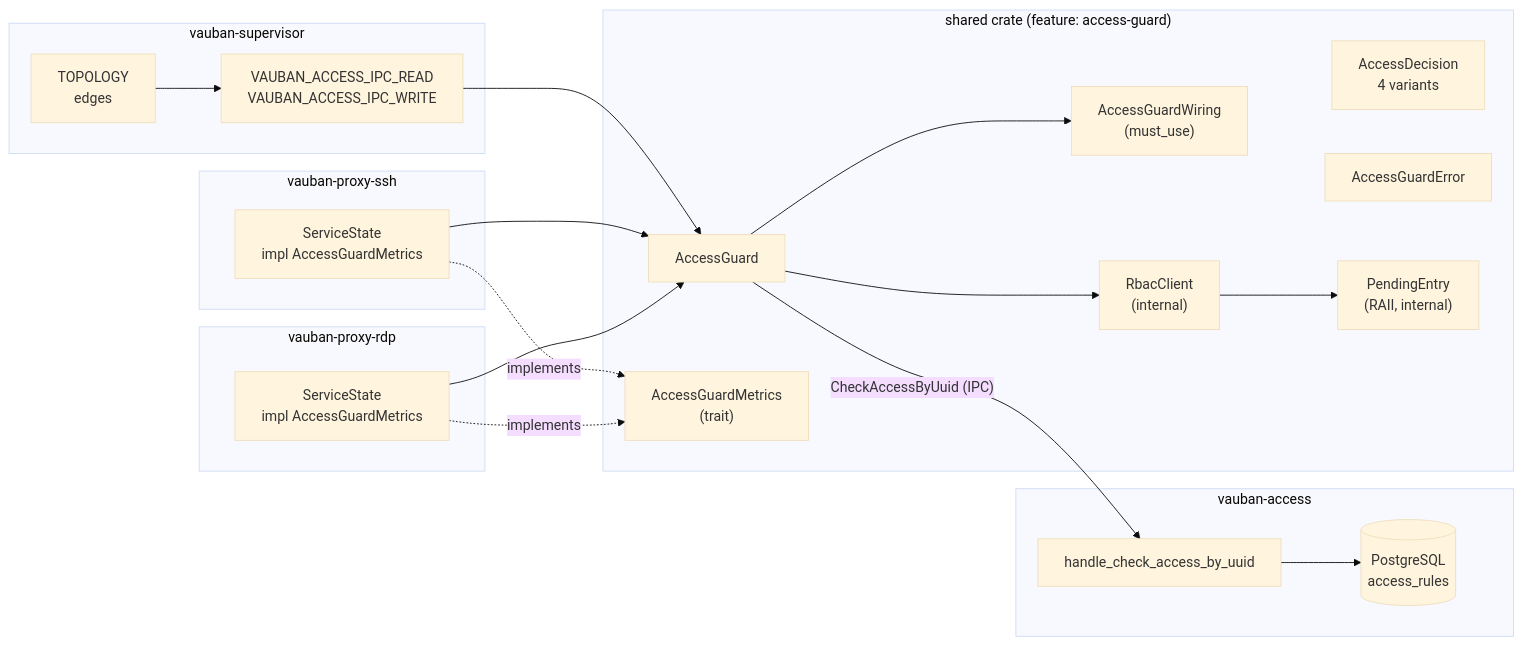
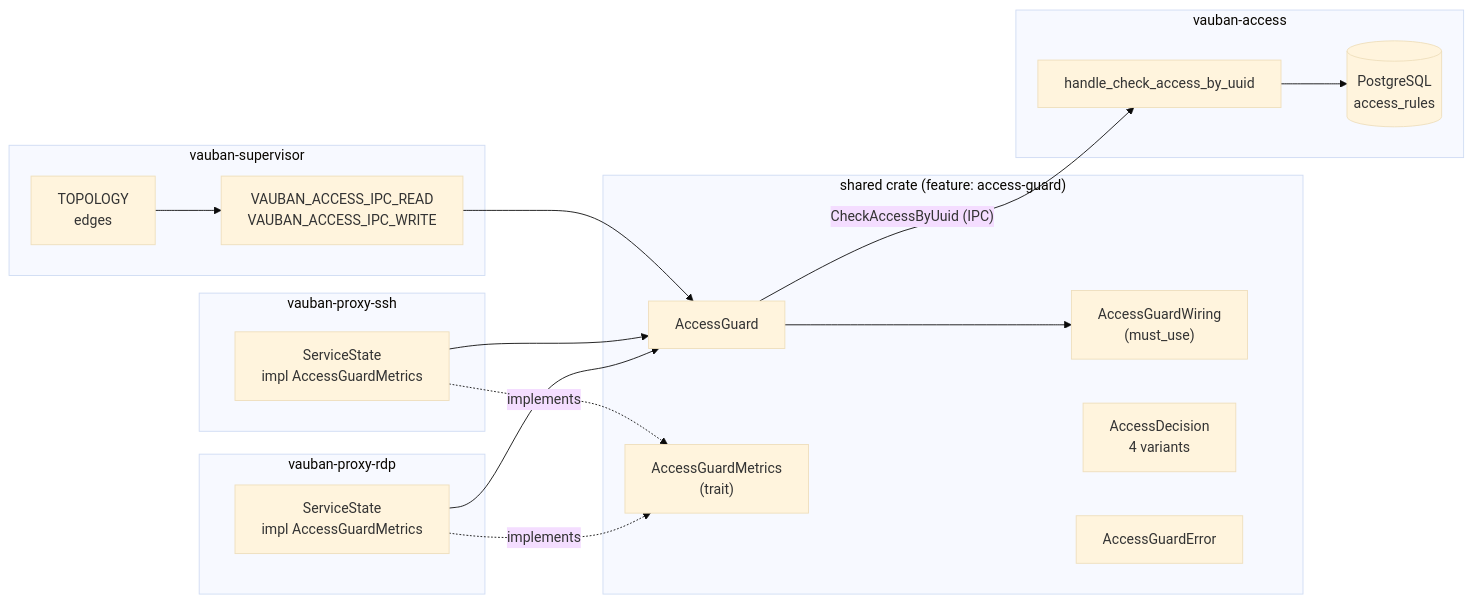
The third of 5 diagrams in docs/technical/Vauban_AccessGuard_Architecture_EN(1.0).md (rbenaley/Vauban), drawn with Mermaid (base theme) before and after one commit. The commit also changed other lines of this file, not shown here.

````diff
--- a/docs/technical/Vauban_AccessGuard_Architecture_EN(1.0).md
+++ b/docs/technical/Vauban_AccessGuard_Architecture_EN(1.0).md
@@ -165,42 +135,38 @@
 ```mermaid
 flowchart LR
     subgraph shared["shared crate (feature: access-guard)"]
         AG["AccessGuard"]
         AGW["AccessGuardWiring<br/>(must_use)"]
         AGM["AccessGuardMetrics<br/>(trait)"]
         AD["AccessDecision<br/>4 variants"]
         AC["AccessGuardError"]
-        RC["RbacClient<br/>(internal)"]
-        PE["PendingEntry<br/>(RAII, internal)"]
     end
 
     subgraph proxy_ssh["vauban-proxy-ssh"]
         SSH_STATE["ServiceState<br/>impl AccessGuardMetrics"]
     end
 
     subgraph proxy_rdp["vauban-proxy-rdp"]
         RDP_STATE["ServiceState<br/>impl AccessGuardMetrics"]
     end
 
     subgraph supervisor["vauban-supervisor"]
         TOPO["TOPOLOGY<br/>edges"]
         ENV["VAUBAN_ACCESS_IPC_READ<br/>VAUBAN_ACCESS_IPC_WRITE"]
     end
 
     subgraph access["vauban-access"]
         H["handle_check_access_by_uuid"]
         DB[("PostgreSQL<br/>access_rules")]
     end
 
     TOPO --> ENV
     ENV --> AG
-    AG --> RC
-    RC --> PE
     AG --> AGW
     SSH_STATE -. implements .-> AGM
     RDP_STATE -. implements .-> AGM
     SSH_STATE --> AG
     RDP_STATE --> AG
     AG -->|"CheckAccessByUuid (IPC)"| H
     H --> DB
 ```
````
